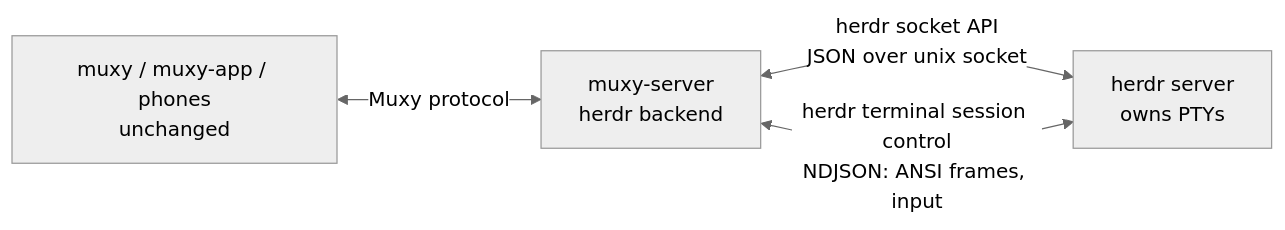
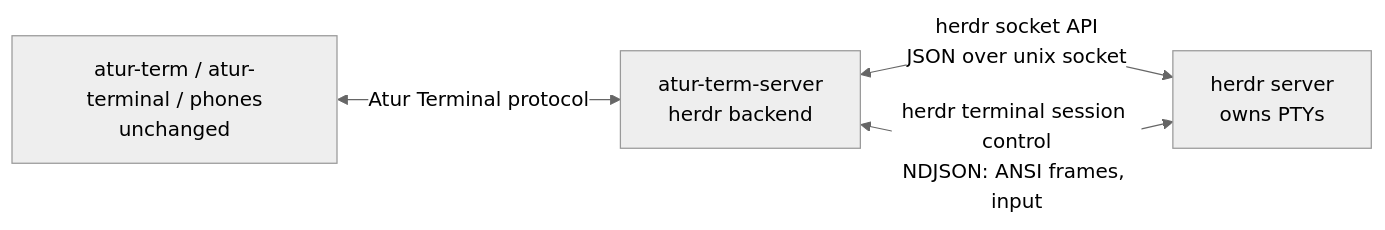
One commit to dzulfikar08/atur-terminal changed the diagram in docs/tech/herdr-backend.md. Above: the diagram before and after it, drawn with Mermaid (neutral theme). The commit also changed other lines of this file and 162 other files, not shown here.

First line of the commit message:
Rename binaries, environment, data dir and packages to Atur Terminal

````diff
--- a/docs/tech/herdr-backend.md
+++ b/docs/tech/herdr-backend.md
@@ -8,6 +8,6 @@
 ```mermaid
 flowchart LR
-    APPS["muxy / muxy-app / phones<br/>unchanged"] <-->|"Muxy protocol"| MS["muxy-server<br/>herdr backend"]
+    APPS["atur-term / atur-terminal / phones<br/>unchanged"] <-->|"Atur Terminal protocol"| MS["atur-term-server<br/>herdr backend"]
     MS <-->|"herdr socket API<br/>JSON over unix socket"| H["herdr server<br/>owns PTYs"]
     MS <-->|"herdr terminal session control<br/>NDJSON: ANSI frames, input"| H
 ```
````
